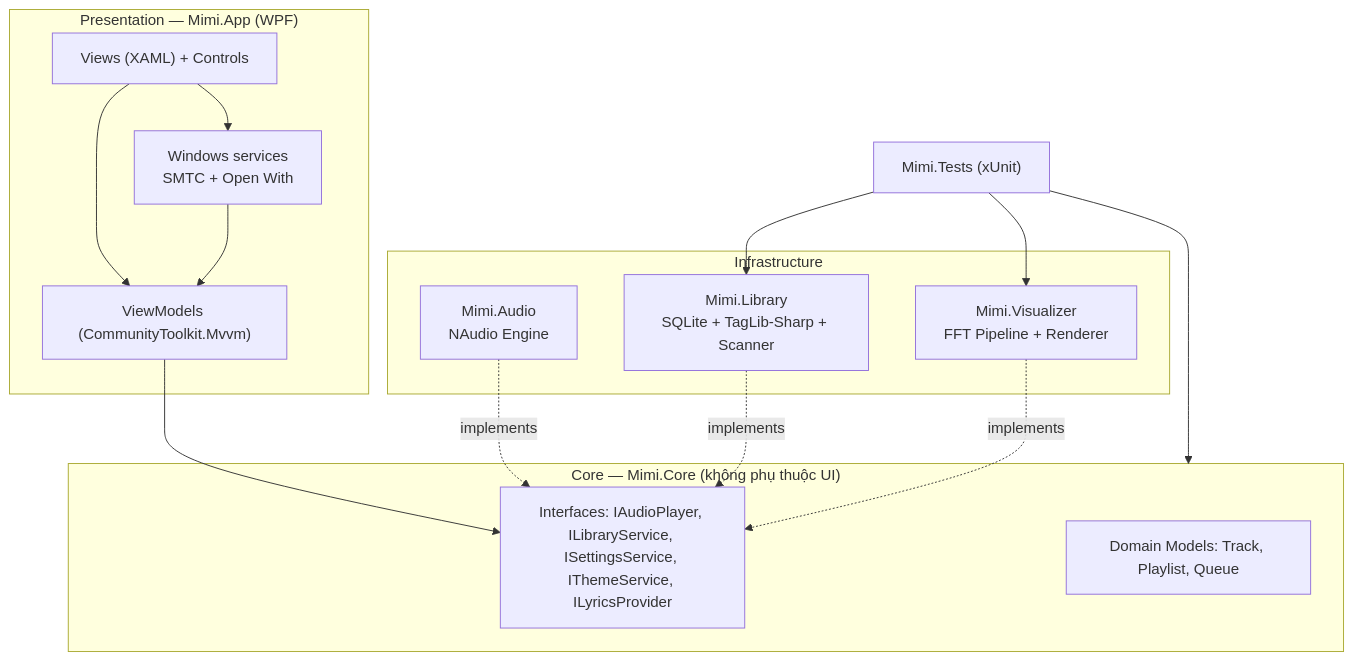
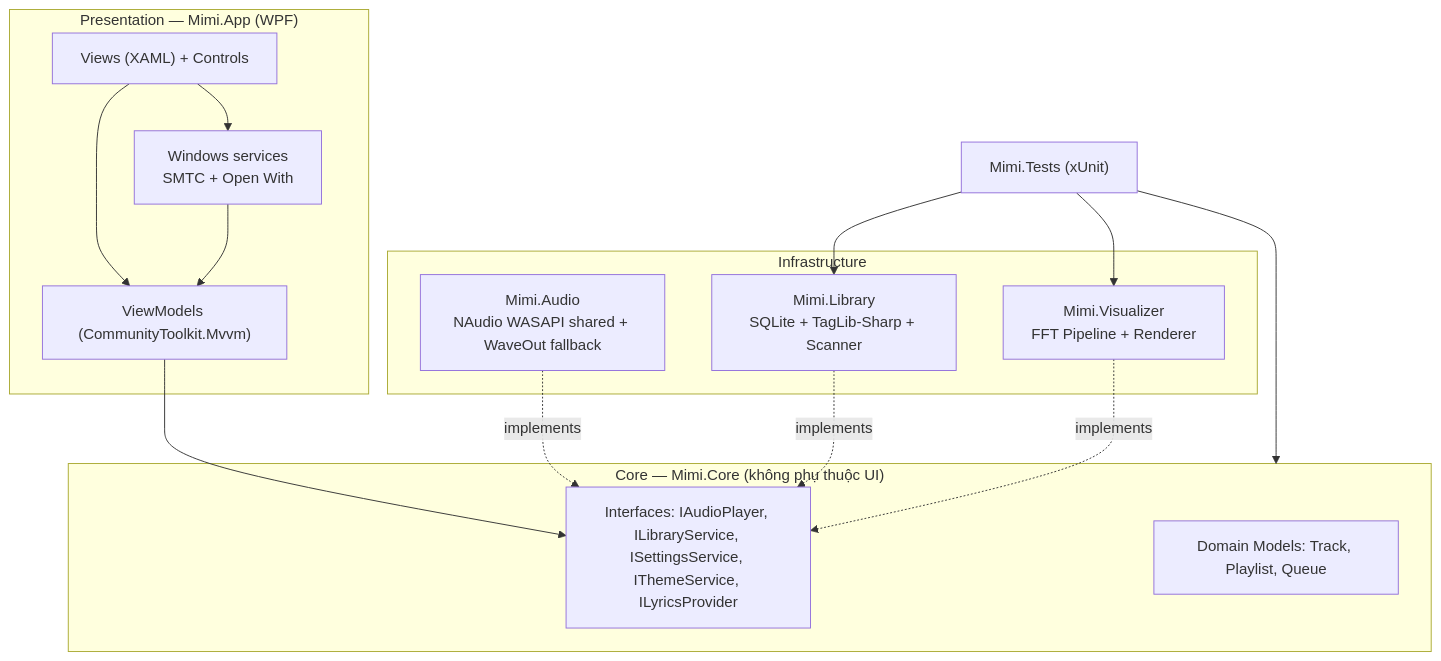
One commit to lxmtuu/Mimi changed the first of 3 diagrams in ROADMAP.md. Above: the diagram before and after it, drawn with Mermaid. The commit also changed other lines of this file and 1 other file, not shown here.

Commit message:
docs: record WASAPI output recovery slice

````diff
--- a/ROADMAP.md
+++ b/ROADMAP.md
@@ -243,27 +245,27 @@
 ```mermaid
 flowchart TB
     subgraph Presentation["Presentation — Mimi.App (WPF)"]
         Views["Views (XAML) + Controls"]
         VM["ViewModels (CommunityToolkit.Mvvm)"]
         WinServices["Windows services<br/>SMTC + Open With"]
         Views --> VM
         Views --> WinServices
         WinServices --> VM
     end
     subgraph Core["Core — Mimi.Core (không phụ thuộc UI)"]
         Models["Domain Models: Track, Playlist, Queue"]
         Ifaces["Interfaces: IAudioPlayer, ILibraryService, ISettingsService, IThemeService, ILyricsProvider"]
     end
     subgraph Infra["Infrastructure"]
-        Audio["Mimi.Audio<br/>NAudio Engine"]
+        Audio["Mimi.Audio<br/>NAudio WASAPI shared + WaveOut fallback"]
         Lib["Mimi.Library<br/>SQLite + TagLib-Sharp + Scanner"]
         Viz["Mimi.Visualizer<br/>FFT Pipeline + Renderer"]
     end
     VM --> Ifaces
     Audio -.implements.-> Ifaces
     Lib -.implements.-> Ifaces
     Viz -.implements.-> Ifaces
     Tests["Mimi.Tests (xUnit)"] --> Core
     Tests --> Lib
     Tests --> Viz
 ```
````
